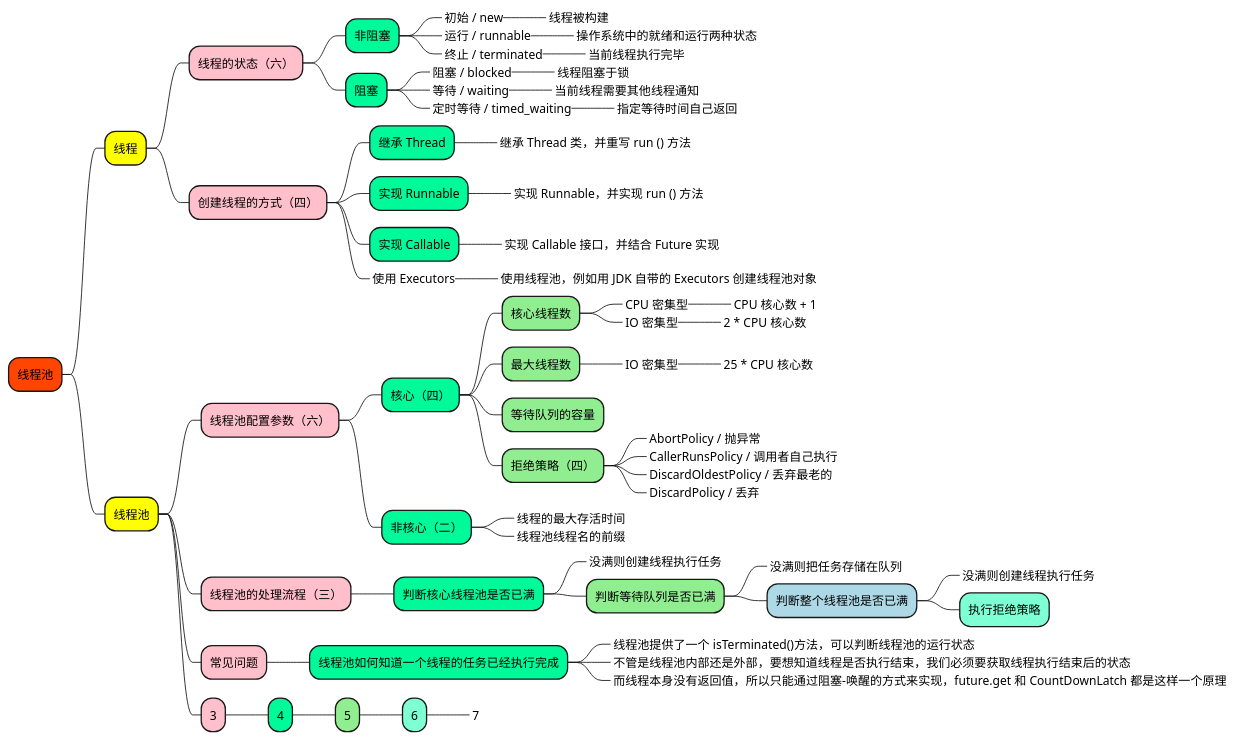
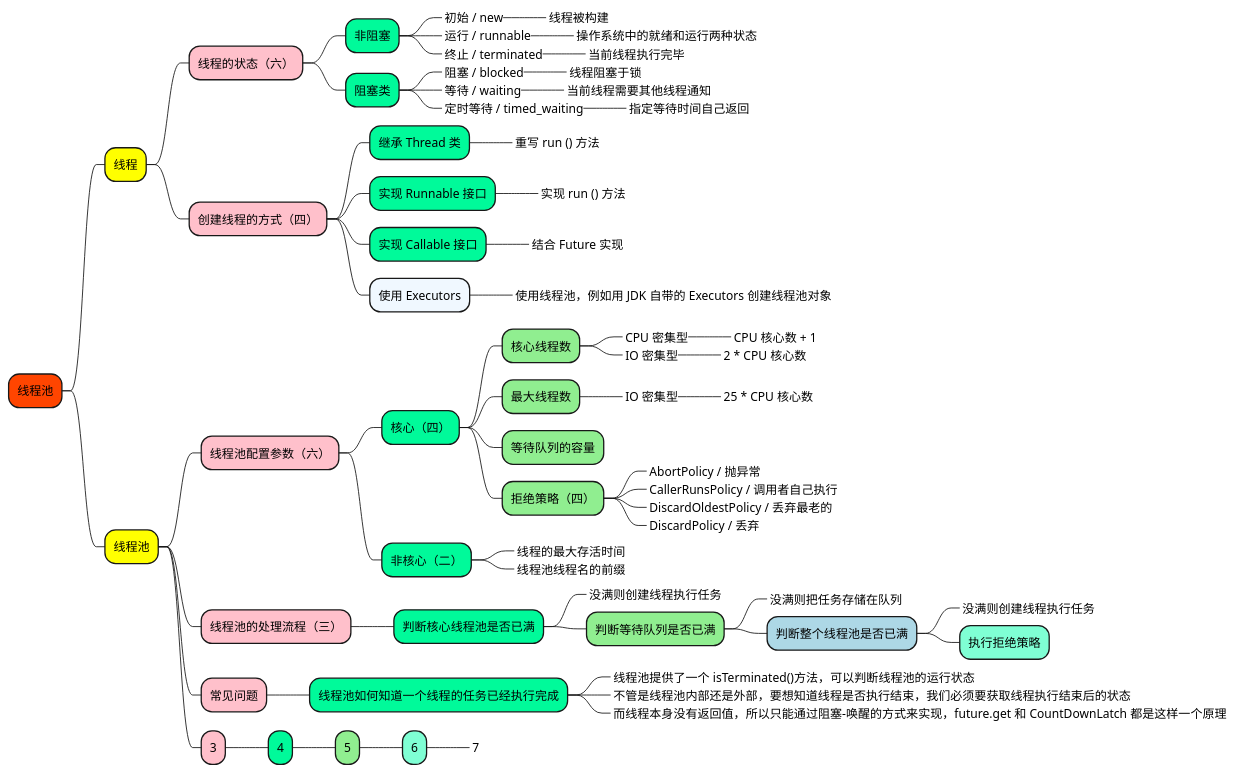
One commit to doveg/self-cultivation-of-a-software-engineer changed the diagram in 1_map/1-java/Thread-pool.puml. Above: the diagram before and after it, drawn with PlantUML. The commit also changed 6 other files, not shown here.

```diff
--- a/1_map/1-java/Thread-pool.puml
+++ b/1_map/1-java/Thread-pool.puml
@@ -1,99 +1,99 @@
 @startmindmap
 
 +[#OrangeRed] 线程池
 
 ++[#yellow] 线程
 
 +++[#Pink] 线程的状态（六）
 
 ++++[#MediumSpringGreen] 非阻塞
 
 +++++[#LightGreen]_ 初始 / new
 ++++++[#Aquamarine]_ 线程被构建
 +++++[#LightGreen]_ 运行 / runnable
 ++++++[#Aquamarine]_ 操作系统中的就绪和运行两种状态
 +++++[#LightGreen]_ 终止 / terminated
 ++++++[#Aquamarine]_ 当前线程执行完毕
 
-++++[#MediumSpringGreen] 阻塞
+++++[#MediumSpringGreen] 阻塞类
 
 +++++[#LightGreen]_ 阻塞 / blocked
 ++++++[#Aquamarine]_ 线程阻塞于锁
 +++++[#LightGreen]_ 等待 / waiting
 ++++++[#Aquamarine]_ 当前线程需要其他线程通知
 +++++[#LightGreen]_ 定时等待 / timed_waiting
 ++++++[#Aquamarine]_ 指定等待时间自己返回
 
 
 +++[#Pink] 创建线程的方式（四）
 
-++++[#MediumSpringGreen] 继承 Thread
-+++++[#LightGreen]_ 继承 Thread 类，并重写 run () 方法
-++++[#MediumSpringGreen] 实现 Runnable
-+++++[#LightGreen]_ 实现 Runnable，并实现 run () 方法
-++++[#MediumSpringGreen] 实现 Callable
-+++++[#LightGreen]_ 实现 Callable 接口，并结合 Future 实现
-++++[#AliceBlue]_ 使用 Executors
+++++[#MediumSpringGreen] 继承 Thread 类
++++++[#LightGreen]_ 重写 run () 方法
+++++[#MediumSpringGreen] 实现 Runnable 接口
++++++[#LightGreen]_ 实现 run () 方法
+++++[#MediumSpringGreen] 实现 Callable 接口
++++++[#LightGreen]_ 结合 Future 实现
+++++[#AliceBlue] 使用 Executors
 +++++[#LightGreen]_ 使用线程池，例如用 JDK 自带的 Executors 创建线程池对象
 
 
 ++[#yellow] 线程池
 
 +++[#Pink] 线程池配置参数（六）
 
 ++++[#MediumSpringGreen] 核心（四）
 
 +++++[#LightGreen] 核心线程数
 ++++++[#Aquamarine]_ CPU 密集型
 +++++++[#Aquamarine]_ CPU 核心数 + 1
 ++++++[#Aquamarine]_ IO 密集型
 +++++++[#Aquamarine]_ 2 * CPU 核心数
 
 +++++[#LightGreen] 最大线程数
 ++++++[#Aquamarine]_ IO 密集型
 +++++++[#Aquamarine]_ 25 * CPU 核心数
 
 +++++[#LightGreen] 等待队列的容量
 
 +++++[#LightGreen] 拒绝策略（四）
 ++++++[#Aquamarine]_ AbortPolicy / 抛异常
 ++++++[#Aquamarine]_ CallerRunsPolicy / 调用者自己执行
 ++++++[#Aquamarine]_ DiscardOldestPolicy / 丢弃最老的
 ++++++[#Aquamarine]_ DiscardPolicy / 丢弃
 
 ++++[#MediumSpringGreen] 非核心（二）
 
 +++++[#LightGreen]_ 线程的最大存活时间
 +++++[#LightGreen]_ 线程池线程名的前缀
 
 
 +++[#Pink] 线程池的处理流程（三）
 
 ++++[#MediumSpringGreen] 判断核心线程池是否已满
 +++++[#GhostWhite]_ 没满则创建线程执行任务
 +++++[#LightGreen] 判断等待队列是否已满
 ++++++[#GhostWhite]_ 没满则把任务存储在队列
 ++++++[#LightBlue] 判断整个线程池是否已满
 +++++++[#GhostWhite]_ 没满则创建线程执行任务
 +++++++[#Aquamarine] 执行拒绝策略
 
 +++[#Pink] 常见问题
 
 ++++[#MediumSpringGreen] 线程池如何知道一个线程的任务已经执行完成
 +++++[#LightGreen]_ 线程池提供了一个 isTerminated()方法，可以判断线程池的运行状态
 +++++[#LightGreen]_ 不管是线程池内部还是外部，要想知道线程是否执行结束，我们必须要获取线程执行结束后的状态
 +++++[#LightGreen]_ 而线程本身没有返回值，所以只能通过阻塞-唤醒的方式来实现，future.get 和 CountDownLatch 都是这样一个原理
 
 
 +++[#Pink] 3
 
 ++++[#MediumSpringGreen] 4
 +++++[#LightGreen] 5
 ++++++[#Aquamarine] 6
 +++++++[#Aquamarine]_ 7
 
 
 
 
 
 @endmindmap
```
